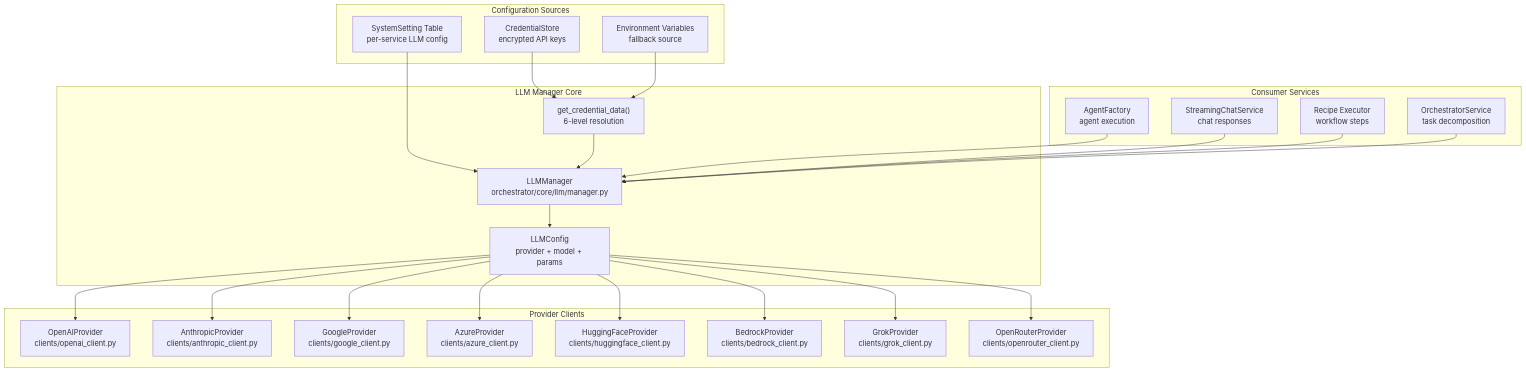
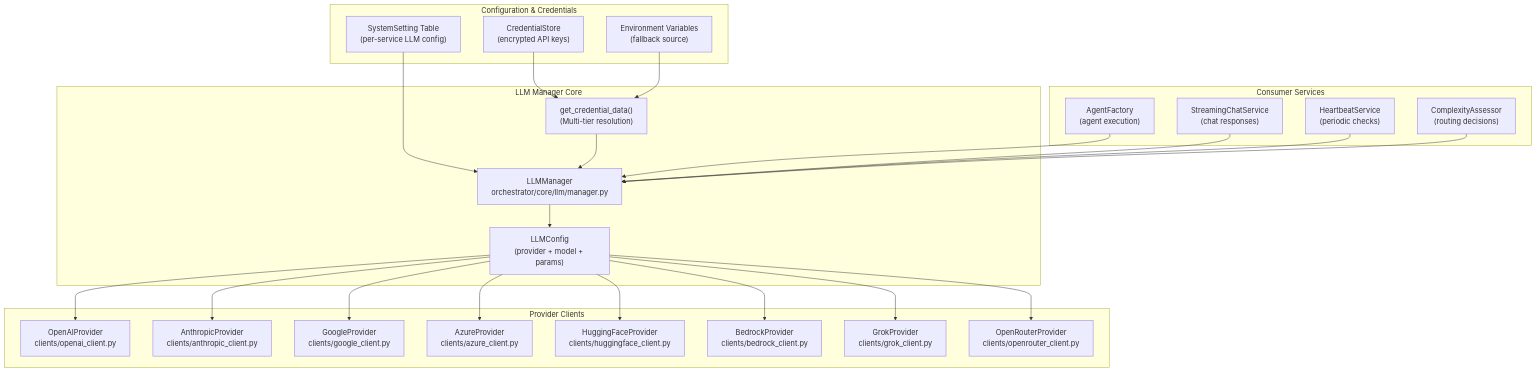
The first of 2 diagrams in docs/agents/llm-provider-management.md (AutomatosAI/automatos-ai), drawn with Mermaid before and after one commit. The commit also changed other lines of this file and 149 other files, not shown here.

Commit message:
docs: refresh documentation with graphify semantic scan

````diff
--- a/docs/agents/llm-provider-management.md
+++ b/docs/agents/llm-provider-management.md
@@ -32,52 +44,52 @@
 ```mermaid
 graph TB
-    subgraph "Configuration Sources"
-        SystemSettings["SystemSetting Table<br/>per-service LLM config"]
-        CredStore["CredentialStore<br/>encrypted API keys"]
-        EnvVars["Environment Variables<br/>fallback source"]
+    subgraph "Configuration & Credentials"
+        SystemSettings["SystemSetting Table<br/>(per-service LLM config)"]
+        CredStore["CredentialStore<br/>(encrypted API keys)"]
+        EnvVars["Environment Variables<br/>(fallback source)"]
     end
     
     subgraph "LLM Manager Core"
         LLMManager["LLMManager<br/>orchestrator/core/llm/manager.py"]
-        LLMConfig["LLMConfig<br/>provider + model + params"]
-        CredResolver["get_credential_data()<br/>6-level resolution"]
+        LLMConfig["LLMConfig<br/>(provider + model + params)"]
+        CredResolver["get_credential_data()<br/>(Multi-tier resolution)"]
     end
     
     subgraph "Provider Clients"
         OpenAIProvider["OpenAIProvider<br/>clients/openai_client.py"]
         AnthropicProvider["AnthropicProvider<br/>clients/anthropic_client.py"]
         GoogleProvider["GoogleProvider<br/>clients/google_client.py"]
         AzureProvider["AzureProvider<br/>clients/azure_client.py"]
         HFProvider["HuggingFaceProvider<br/>clients/huggingface_client.py"]
         BedrockProvider["BedrockProvider<br/>clients/bedrock_client.py"]
         GrokProvider["GrokProvider<br/>clients/grok_client.py"]
         OpenRouterProvider["OpenRouterProvider<br/>clients/openrouter_client.py"]
     end
     
     subgraph "Consumer Services"
-        AgentFactory["AgentFactory<br/>agent execution"]
-        ChatService["StreamingChatService<br/>chat responses"]
-        RecipeExecutor["Recipe Executor<br/>workflow steps"]
-        OrchService["OrchestratorService<br/>task decomposition"]
+        AgentFactory["AgentFactory<br/>(agent execution)"]
+        ChatService["StreamingChatService<br/>(chat responses)"]
+        HeartbeatService["HeartbeatService<br/>(periodic checks)"]
+        ComplexityAssessor["ComplexityAssessor<br/>(routing decisions)"]
     end
     
     SystemSettings --> LLMManager
     CredStore --> CredResolver
     EnvVars --> CredResolver
     CredResolver --> LLMManager
     LLMManager --> LLMConfig
     
     LLMConfig --> OpenAIProvider
     LLMConfig --> AnthropicProvider
     LLMConfig --> GoogleProvider
     LLMConfig --> AzureProvider
     LLMConfig --> HFProvider
     LLMConfig --> BedrockProvider
     LLMConfig --> GrokProvider
     LLMConfig --> OpenRouterProvider
     
     AgentFactory --> LLMManager
     ChatService --> LLMManager
-    RecipeExecutor --> LLMManager
-    OrchService --> LLMManager
+    HeartbeatService --> LLMManager
+    ComplexityAssessor --> LLMManager
 ```
````
